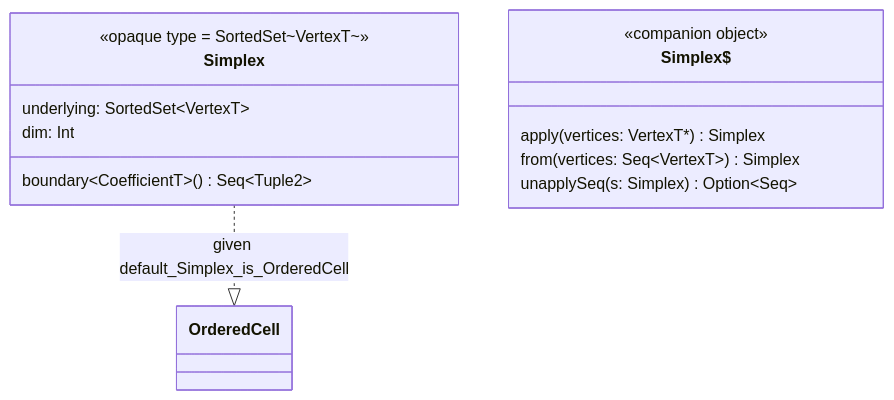
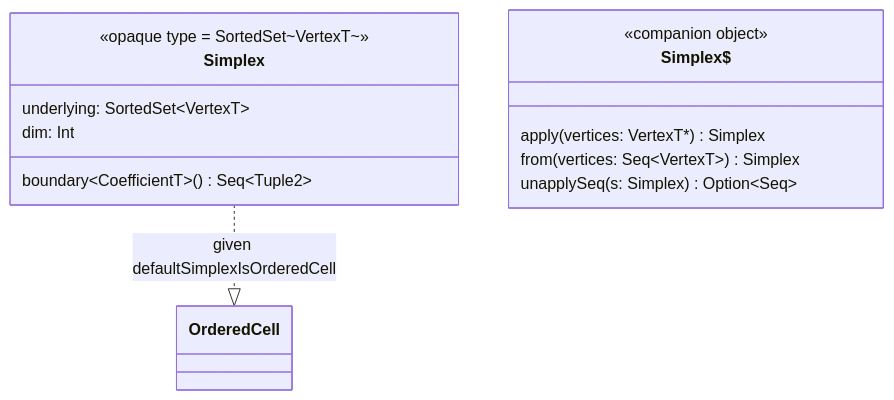
One commit to appliedtopology/tda4j changed the third of 6 diagrams in src/main/paradox/developers-guide/class-diagrams.md. Above: the diagram before and after it, drawn with Mermaid. The commit also changed other lines of this file and 9 other files, not shown here.

````diff
--- a/src/main/paradox/developers-guide/class-diagrams.md
+++ b/src/main/paradox/developers-guide/class-diagrams.md
@@ -97,16 +97,16 @@
 ```mermaid
 classDiagram
     class Simplex {
         <<opaque type = SortedSet~VertexT~>>
         underlying: SortedSet~VertexT~
         dim: Int
         boundary~CoefficientT~() Seq~Tuple2~
     }
     class `Simplex$` {
         <<companion object>>
         apply(vertices: VertexT*) Simplex
         from(vertices: Seq~VertexT~) Simplex
         unapplySeq(s: Simplex) Option~Seq~
     }
-    Simplex ..|> OrderedCell : given default_Simplex_is_OrderedCell
+    Simplex ..|> OrderedCell : given defaultSimplexIsOrderedCell
 ```
````
